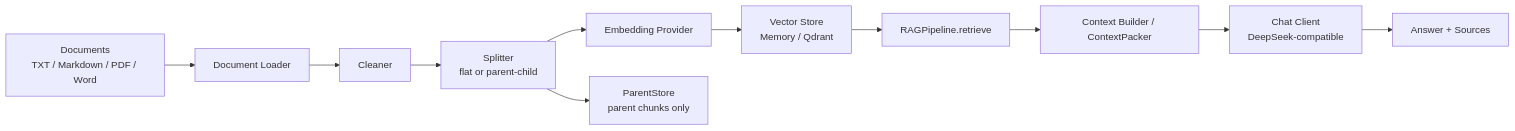
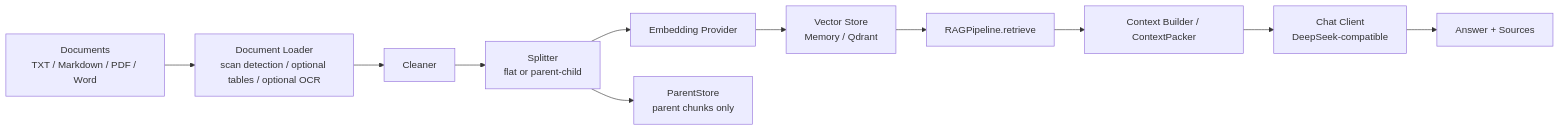
One commit to Jhy13294/cognitive-rag-engine changed the first of 10 diagrams in docs/architecture.md. Above: the diagram before and after it, drawn with Mermaid. The commit also changed other lines of this file and 17 other files, not shown here.

Commit message:
feat(ingest): scanned-PDF page detection with optional OCR fallback, O(1) table extraction, and EOL-robust golden-set hashing

````diff
--- a/docs/architecture.md
+++ b/docs/architecture.md
@@ -7,13 +7,13 @@
 ```mermaid
 flowchart LR
-    A["Documents\nTXT / Markdown / PDF / Word"] --> B["Document Loader"]
+    A["Documents\nTXT / Markdown / PDF / Word"] --> B["Document Loader\nscan detection / optional tables / optional OCR"]
     B --> C["Cleaner"]
     C --> D["Splitter\nflat or parent-child"]
     D --> E["Embedding Provider"]
     E --> F["Vector Store\nMemory / Qdrant"]
     D --> G["ParentStore\nparent chunks only"]
     F --> H["RAGPipeline.retrieve"]
     H --> I["Context Builder / ContextPacker"]
     I --> J["Chat Client\nDeepSeek-compatible"]
     J --> K["Answer + Sources"]
 ```
````
